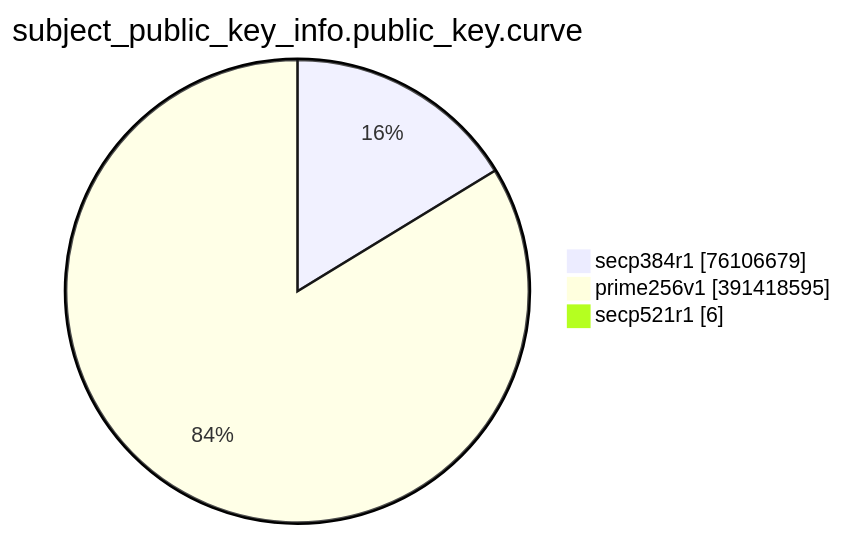
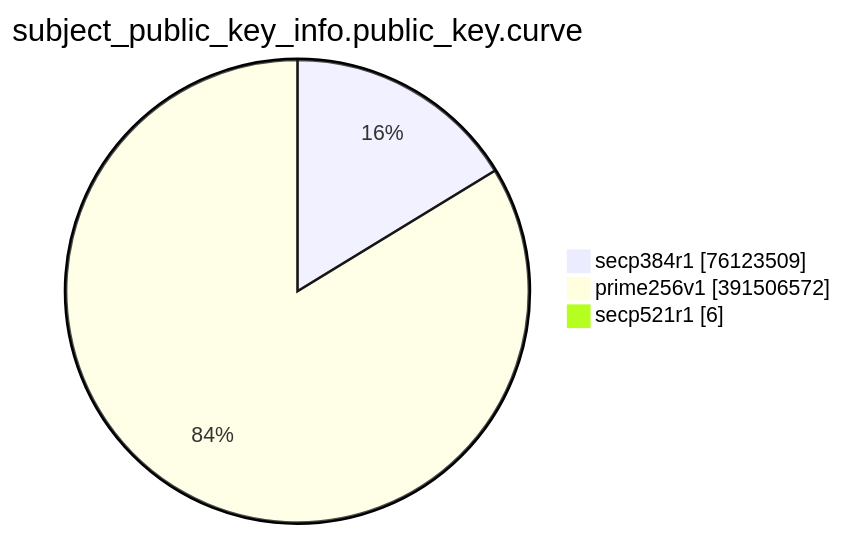
One commit to christiankrug/ctmonitor_visualization changed the eighth of 15 diagrams in TOTAL/README.md. Above: the diagram before and after it, drawn with Mermaid. The commit also changed other lines of this file, not shown here.

````diff
--- a/TOTAL/README.md
+++ b/TOTAL/README.md
@@ -3094,7 +3094,7 @@
 ```mermaid
 pie showData
 title subject_public_key_info.public_key.curve
-"secp384r1" :76106679
-"prime256v1" :391418595
+"secp384r1" :76123509
+"prime256v1" :391506572
 "secp521r1" :6
 ```
````
